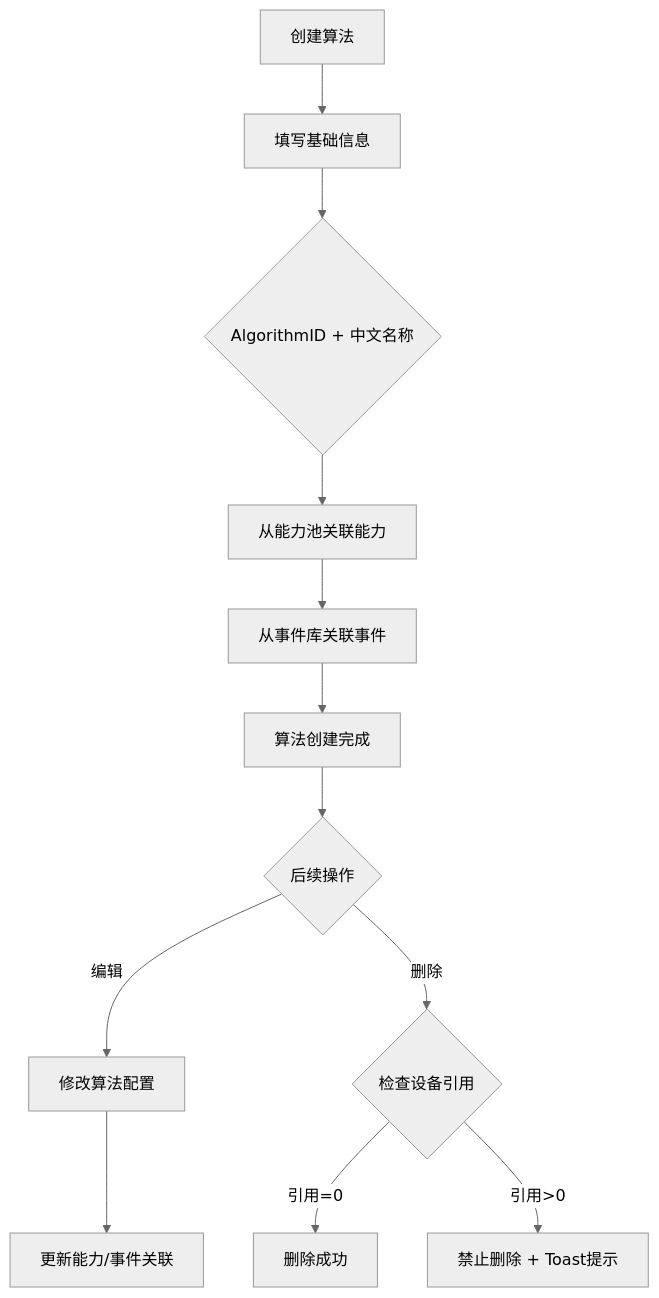
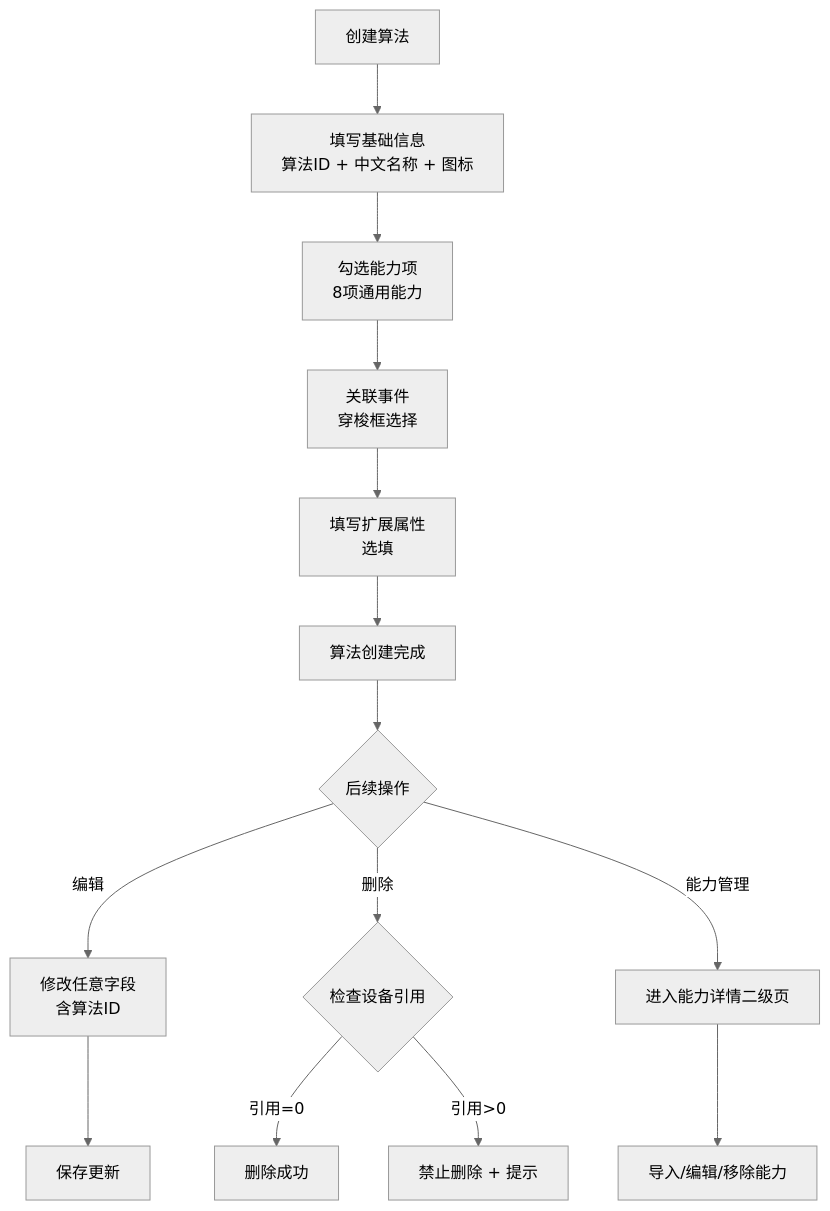
Before and after one commit to hongtao-l/platform: the second of 4 diagrams in docs/prd_full/算法管理/算法管理03PRD.md, drawn with Mermaid (neutral theme). The commit also changed other lines of this file and 30 other files, not shown here.

````diff
--- a/docs/prd_full/算法管理/算法管理03PRD.md
+++ b/docs/prd_full/算法管理/算法管理03PRD.md
@@ -76,14 +130,17 @@
 ```mermaid
 flowchart TD
-    A[创建算法] --> B[填写基础信息]
-    B --> C{AlgorithmID + 中文名称}
-    C --> D[从能力池关联能力]
-    D --> E[从事件库关联事件]
+    A[创建算法] --> B[填写基础信息<br/>算法ID + 中文名称 + 图标]
+    B --> C[勾选能力项<br/>8项通用能力]
+    C --> D[关联事件<br/>穿梭框选择]
+    D --> E[填写扩展属性<br/>选填]
     E --> F[算法创建完成]
+
     F --> G{后续操作}
-    G -->|编辑| H[修改算法配置]
+    G -->|编辑| H[修改任意字段<br/>含算法ID]
     G -->|删除| I{检查设备引用}
-    H --> J[更新能力/事件关联]
-    I -->|引用=0| K[删除成功]
-    I -->|引用>0| L[禁止删除 + Toast提示]
+    G -->|能力管理| J[进入能力详情二级页]
+    H --> K[保存更新]
+    I -->|引用=0| L[删除成功]
+    I -->|引用>0| M[禁止删除 + 提示]
+    J --> N[导入/编辑/移除能力]
 ```
````
